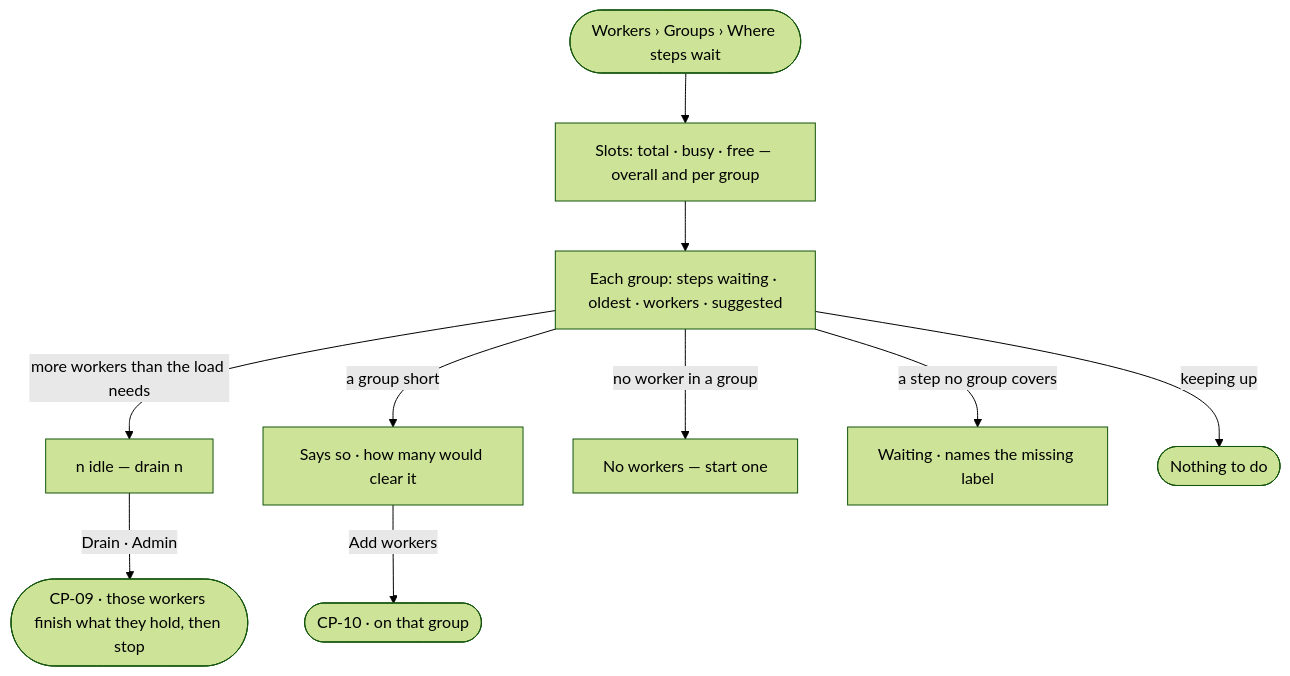
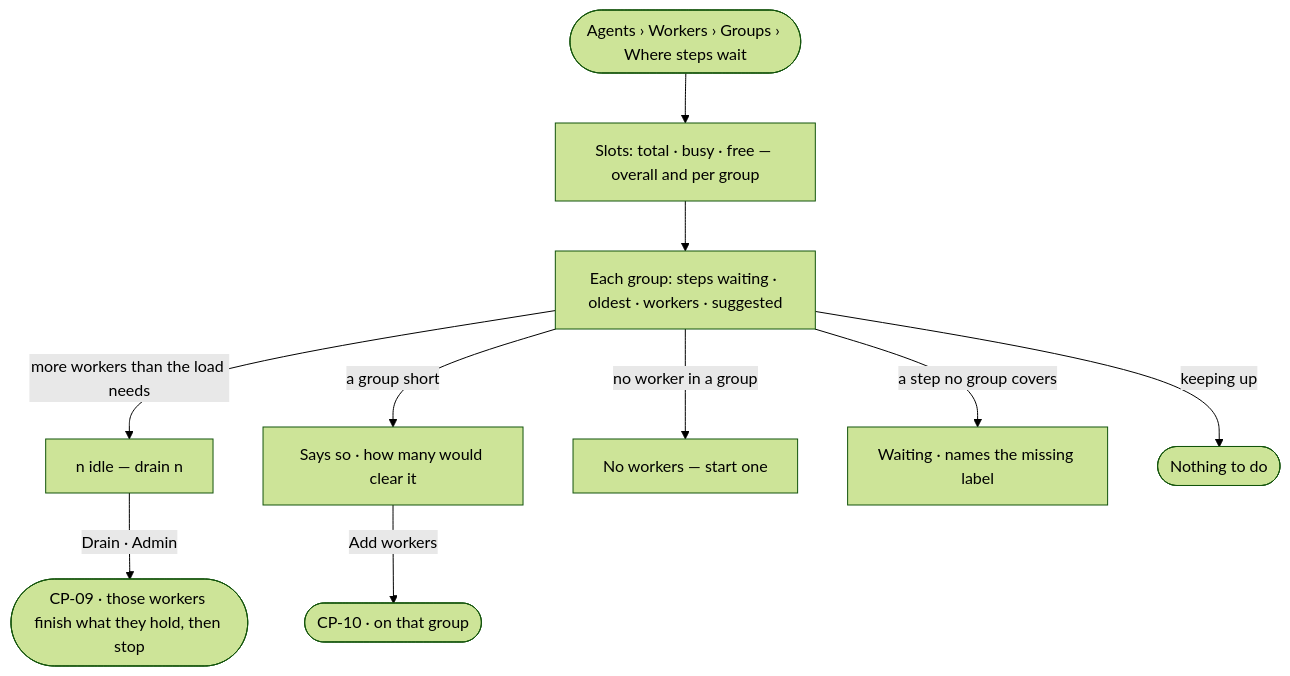
Before and after one commit to invana/invana: the diagram in specs/os/control/features/CP-F03-workers-and-the-queue/stories/CP-08-see-how-many-workers-each-group-needs/story.md, drawn with Mermaid (forest theme). The commit also changed other lines of this file and 106 other files, not shown here.

````diff
--- a/specs/os/control/features/CP-F03-workers-and-the-queue/stories/CP-08-see-how-many-workers-each-group-needs/story.md
+++ b/specs/os/control/features/CP-F03-workers-and-the-queue/stories/CP-08-see-how-many-workers-each-group-needs/story.md
@@ -27,12 +27,12 @@
 ```mermaid
 flowchart TD
-  s([Workers › Groups › Where steps wait]) --> sl["Slots: total · busy · free — overall and per group"]
+  s([Agents › Workers › Groups › Where steps wait]) --> sl["Slots: total · busy · free — overall and per group"]
   sl --> g["Each group: steps waiting · oldest · workers · suggested"]
   g -->|more workers than the load needs| idle["n idle — drain n"]
   idle -->|Drain · Admin| dr(["CP-09 · those workers finish what they hold, then stop"])
   g -->|a group short| c["Says so · how many would clear it"]
   c -->|Add workers| add(["CP-10 · on that group"])
   g -->|no worker in a group| nw["No workers — start one"]
   g -->|a step no group covers| un["Waiting · names the missing label"]
   g -->|keeping up| ok(["Nothing to do"])
 ```
````
